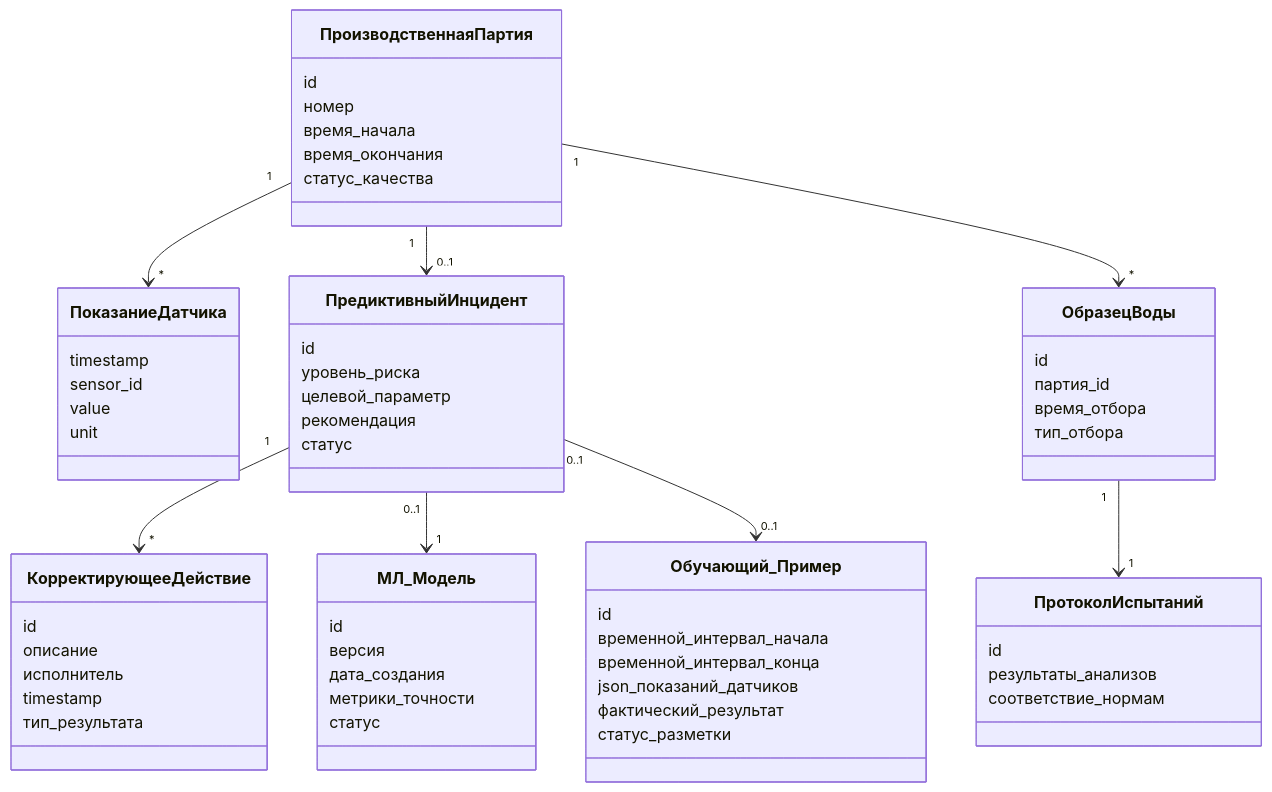
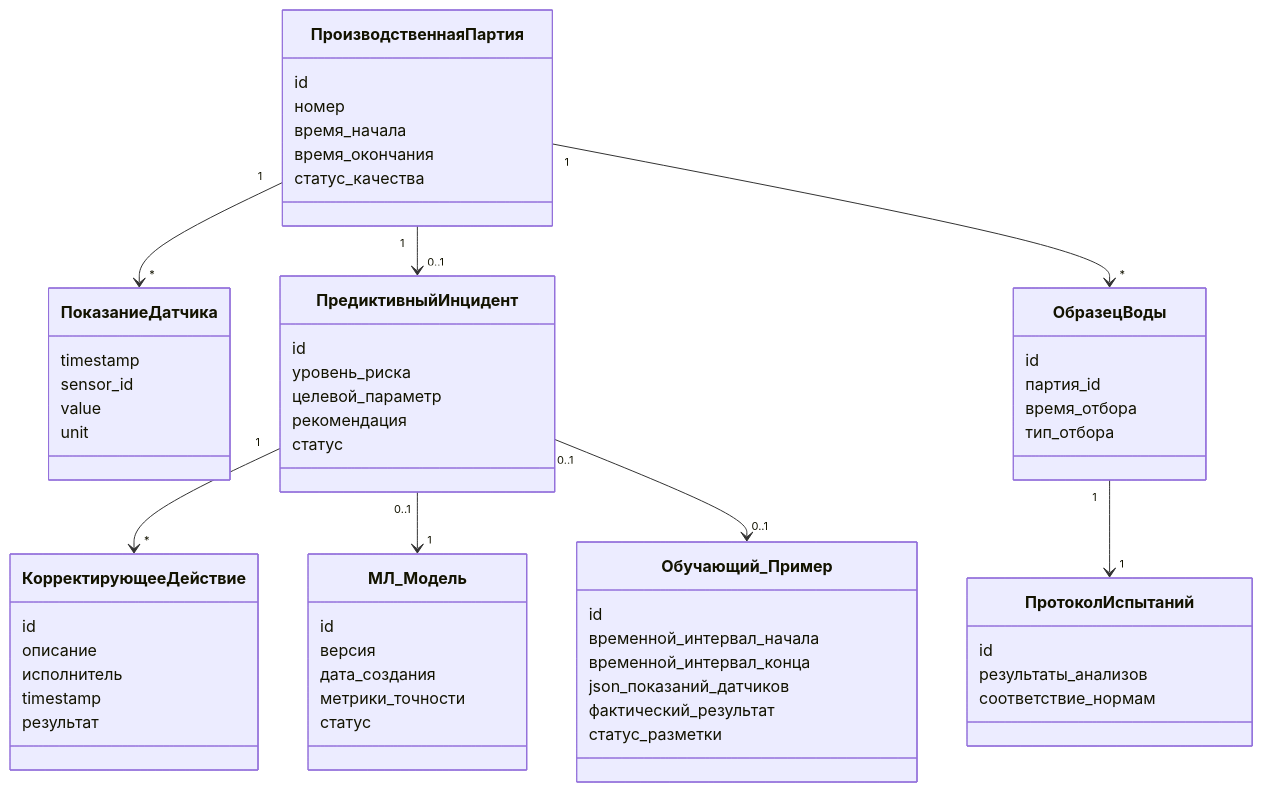
Before and after one commit to igorvolk1961/water_checker: the second of 2 diagrams in docs/system_analysis/06_domain_model.md, drawn with Mermaid. The commit also changed other lines of this file and 14 other files, not shown here.

Commit message:
Resolve architecture fork (variant A: add-on over BIT.Laboratory); fix baseline inconsistencies, terminology, backlog, legal, stakeholders, cost ROM

````diff
--- a/docs/system_analysis/06_domain_model.md
+++ b/docs/system_analysis/06_domain_model.md
@@ -50,64 +64,64 @@
 ```mermaid
 classDiagram
     class ПроизводственнаяПартия {
         id
         номер
         время_начала
         время_окончания
         статус_качества
     }
     class ПоказаниеДатчика {
         timestamp
         sensor_id
         value
         unit
     }
     class ПредиктивныйИнцидент {
         id
         уровень_риска
         целевой_параметр
         рекомендация
         статус
     }
     class КорректирующееДействие {
         id
         описание
         исполнитель
         timestamp
-        тип_результата
+        результат
     }
     class ОбразецВоды {
         id
         партия_id
         время_отбора
         тип_отбора
     }
     class ПротоколИспытаний {
         id
         результаты_анализов
         соответствие_нормам
     }
     class МЛ_Модель {
         id
         версия
         дата_создания
         метрики_точности
         статус
     }
     class Обучающий_Пример {
         id
         временной_интервал_начала
         временной_интервал_конца
         json_показаний_датчиков
         фактический_результат
         статус_разметки
     }
 
     ПроизводственнаяПартия "1" --> "*" ПоказаниеДатчика
     ПроизводственнаяПартия "1" --> "0..1" ПредиктивныйИнцидент
     ПредиктивныйИнцидент "1" --> "*" КорректирующееДействие
     ПредиктивныйИнцидент "0..1" --> "1" МЛ_Модель
     ПредиктивныйИнцидент "0..1" --> "0..1" Обучающий_Пример
     ПроизводственнаяПартия "1" --> "*" ОбразецВоды
     ОбразецВоды "1" --> "1" ПротоколИспытаний
 ```
````
